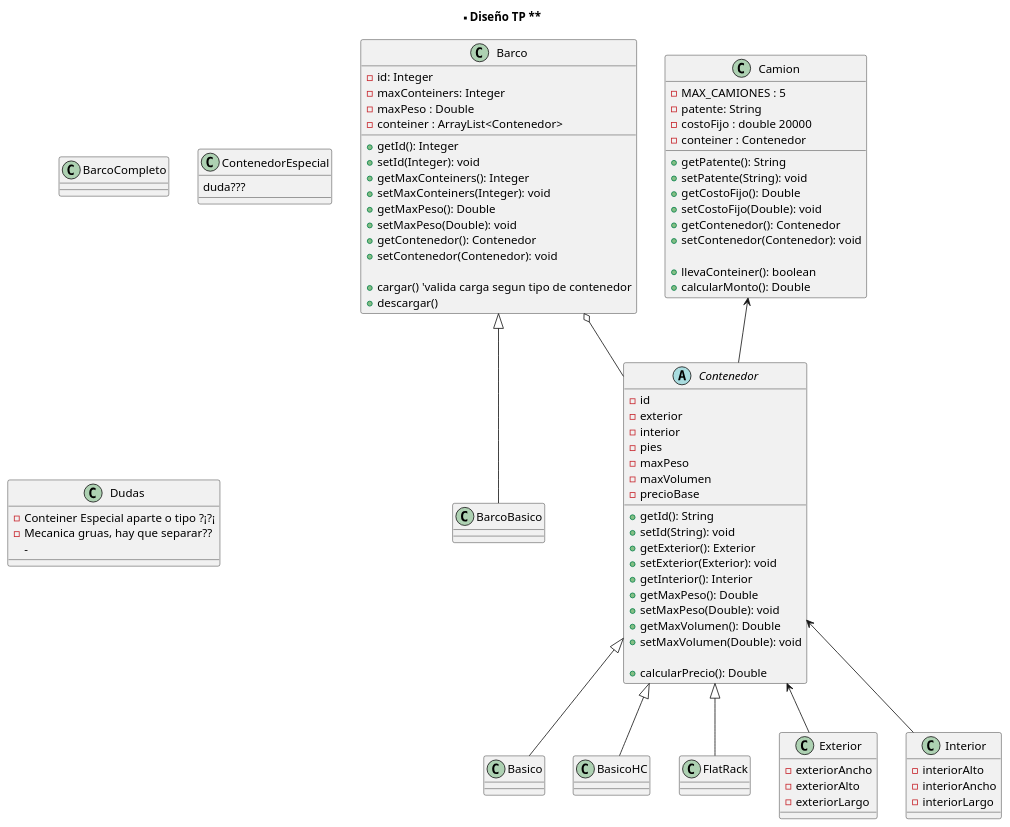
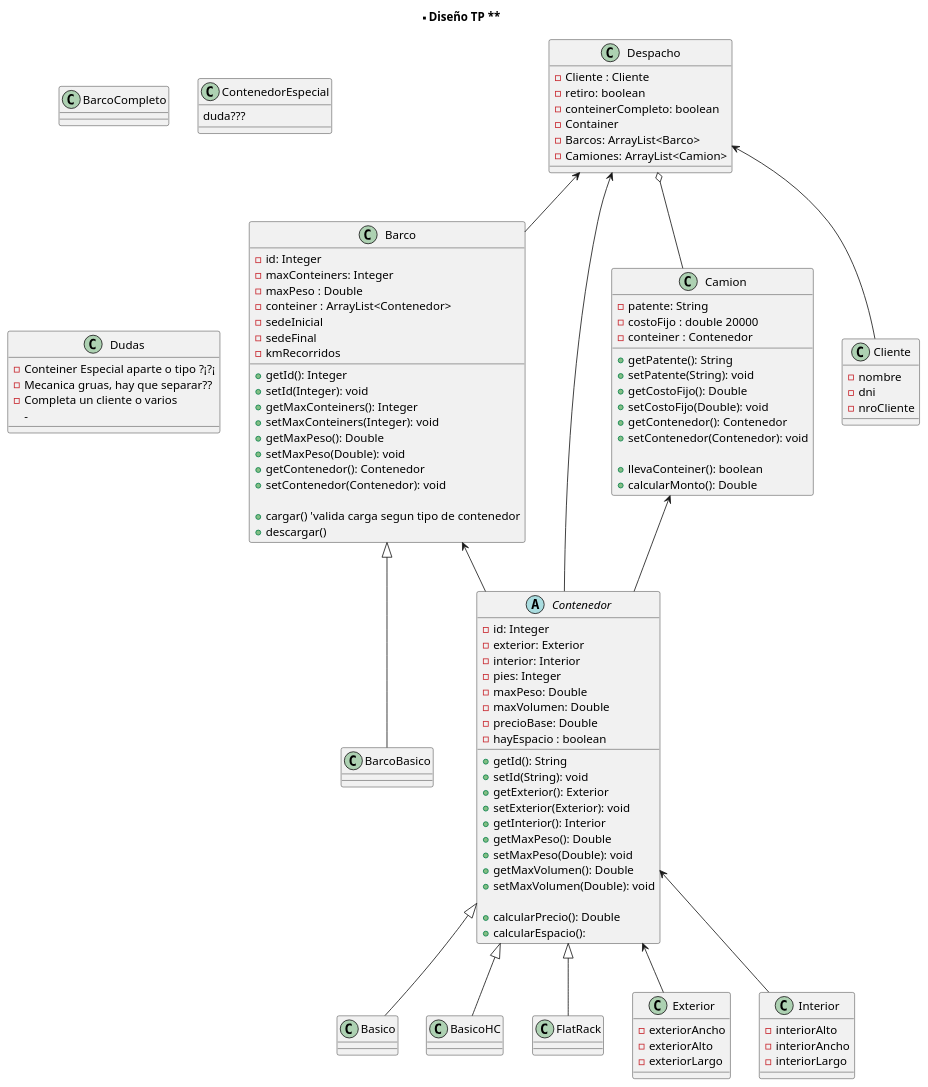
One commit to LMontes94/TP-Containers changed the diagram in Diagrama/TP-Containers.puml. Above: the diagram before and after it, drawn with PlantUML.

Commit message:
Ultimo cambio

```diff
--- a/Diagrama/TP-Containers.puml
+++ b/Diagrama/TP-Containers.puml
@@ -1,117 +1,142 @@
 @startuml
 
 title ** Diseño TP **
 
 class Barco{
    - id: Integer
    - maxConteiners: Integer
    - maxPeso : Double 
    - conteiner : ArrayList<Contenedor>
+   - sedeInicial
+   - sedeFinal 
+   - kmRecorridos 
 
    + getId(): Integer 
    + setId(Integer): void
    + getMaxConteiners(): Integer 
    + setMaxConteiners(Integer): void
    + getMaxPeso(): Double
    + setMaxPeso(Double): void
    + getContenedor(): Contenedor
    + setContenedor(Contenedor): void
    
    + cargar() 'valida carga segun tipo de contenedor
    + descargar()
 }
 
 Barco <|-- BarcoBasico
-Barco o-- Contenedor
+Barco <-- Contenedor
 
 class BarcoBasico{
 
 }
 
 class BarcoCompleto{
 
 }
 
 class Camion{
-   - MAX_CAMIONES : 5
    - patente: String 
    - costoFijo : double 20000 
    - conteiner : Contenedor 
 
    + getPatente(): String
    + setPatente(String): void
    + getCostoFijo(): Double 
    + setCostoFijo(Double): void
    + getContenedor(): Contenedor
    + setContenedor(Contenedor): void
 
    + llevaConteiner(): boolean
    + calcularMonto(): Double
 }
 
 Camion <-- Contenedor
 
 abstract Class Contenedor{
-   - id
-   - exterior
-   - interior
-   - pies 
-   - maxPeso
-   - maxVolumen
-   - precioBase
-   
+   - id: Integer 
+   - exterior: Exterior
+   - interior: Interior 
+   - pies: Integer 
+   - maxPeso: Double 
+   - maxVolumen: Double 
+   - precioBase: Double
+   - hayEspacio : boolean 
+
    + getId(): String 
    + setId(String): void
    + getExterior(): Exterior
    + setExterior(Exterior): void
    + getInterior(): Interior
    + getMaxPeso(): Double
    + setMaxPeso(Double): void
    + getMaxVolumen(): Double
    + setMaxVolumen(Double): void 
 
    + calcularPrecio(): Double 
+   + calcularEspacio(): 
 }
 
 
 Contenedor <|-- Basico
 Contenedor <|-- BasicoHC
 Contenedor <|-- FlatRack
 Contenedor <-- Exterior
 Contenedor <-- Interior
 
 Class Basico{
 
 }
 
 Class BasicoHC{
 
 } 
 
 Class FlatRack{
 
 }
 
 class ContenedorEspecial{
    duda???
 }
 
 Class Exterior{
    - exteriorAncho
    - exteriorAlto
    - exteriorLargo
 }
 
 Class Interior{
    - interiorAlto
    - interiorAncho
    - interiorLargo
 }
 
+class Cliente{
+   - nombre
+   - dni
+   - nroCliente 
+
+}
+
+class Despacho{
+   - Cliente : Cliente 
+   - retiro: boolean 
+   - conteinerCompleto: boolean  
+   - Container  
+   - Barcos: ArrayList<Barco>
+   - Camiones: ArrayList<Camion>
+}
+
+Despacho <-- Cliente
+Despacho o-- Camion
+Despacho <-- Barco
+Despacho <-- Contenedor
 
 class Dudas{ 
    - Conteiner Especial aparte o tipo ?¡?¡
    - Mecanica gruas, hay que separar??
-   -  
+   - Completa un cliente o varios
+   -
 }
 @enduml
```
